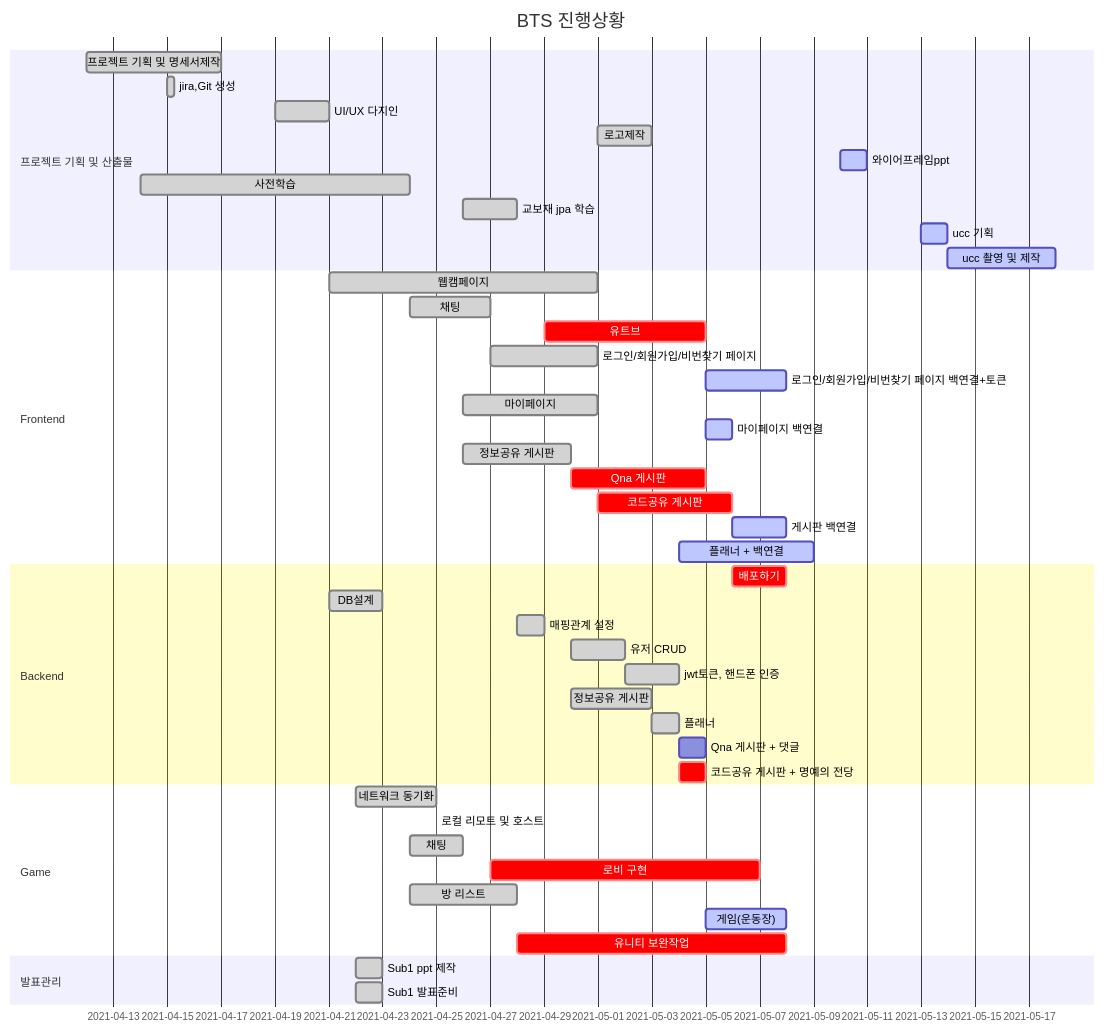
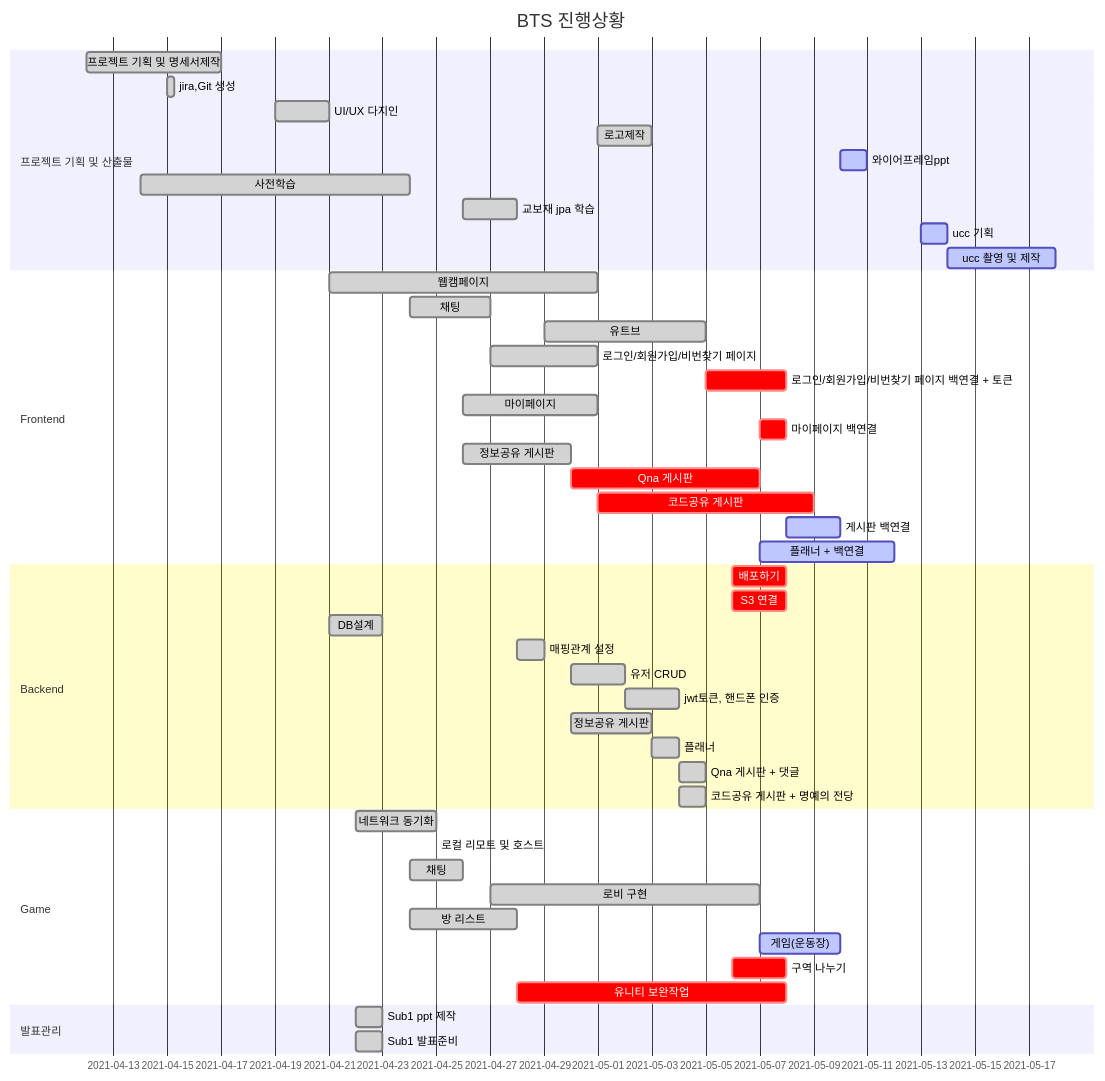
The diagram in README.md (Luminousjiny/PJT_BTS), drawn with Mermaid before and after one commit.

Commit message:
간트차트 업데이트

````diff
--- a/README.md
+++ b/README.md
@@ -50,53 +50,55 @@
 ```mermaid
 gantt
     title BTS 진행상황
     dateFormat  YYYY-MM-DD
     section 프로젝트 기획 및 산출물
     프로젝트 기획 및 명세서제작 : done, 2021-04-12, 5d
     jira,Git 생성  :done, 2021-04-15, 6h
     UI/UX 다지인  : done,   2021-04-19, 2d
     로고제작 : done, 2021-05-01, 2d
     와이어프레임ppt : active, 2021-05-10, 1d
     사전학습  : done, 2021-04-14, 10d
     교보재 jpa 학습 : done, 2021-04-26, 2d
     ucc 기획 : active, 2021-05-13, 1d
     ucc 촬영 및 제작 : active, 2021-05-14, 4d
 
     section Frontend
     웹캠페이지 : done, 2021-04-21, 10d
     채팅 : done, 2021-04-24, 3d
-    유트브 : crit, 2021-04-29, 6d
+    유트브 : done, 2021-04-29, 6d
     로그인/회원가입/비번찾기 페이지 : done, 2021-04-27, 4d
-    로그인/회원가입/비번찾기 페이지 백연결+토큰 : active, 2021-05-05, 3d
+    로그인/회원가입/비번찾기 페이지 백연결 + 토큰 : crit, 2021-05-05, 3d
     마이페이지 : done, 2021-04-26, 5d
-    마이페이지 백연결 : active, 2021-05-05, 1d
+    마이페이지 백연결 : crit, 2021-05-07, 1d
     정보공유 게시판 : done, 2021-04-26, 4d
-    Qna 게시판 : crit, 2021-04-30, 5d
-    코드공유 게시판 : crit, 2021-05-01, 5d
-    게시판 백연결 : active, 2021-05-06, 2d
-    플래너 + 백연결 : active, 2021-05-04, 5d
+    Qna 게시판 : crit, 2021-04-30, 7d
+    코드공유 게시판 : crit, 2021-05-01, 8d
+    게시판 백연결 : active, 2021-05-08, 2d
+    플래너 + 백연결 : active, 2021-05-07, 5d
     
     section Backend
     배포하기 : crit, 2021-05-06, 2d
+    S3 연결 : crit, 2021-05-06, 2d
     DB설계 : done, 2021-04-21, 2d
     매핑관계 설정 : done, 2021-04-28, 1d
     유저 CRUD : done, 2021-04-30, 2d
     jwt토큰, 핸드폰 인증 : done, 2021-05-02,2d 
     정보공유 게시판 : done, 2021-04-30, 3d
     플래너 : done, 2021-05-03, 1d
-    Qna 게시판 + 댓글 : crit 2021-05-04, 1d
-    코드공유 게시판 + 명예의 전당 : crit, 2021-05-04, 1d 
+    Qna 게시판 + 댓글 : done, 2021-05-04, 1d
+    코드공유 게시판 + 명예의 전당 : done, 2021-05-04, 1d 
     
     section Game
 	네트워크 동기화 : done, 2021-04-22, 3d
 	로컬 리모트 및 호스트 : done, 2021-04-23 1d
 	채팅 : done, 2021-04-24, 2d
-	로비 구현 : crit, 2021-04-27, 10d
+	로비 구현 : done, 2021-04-27, 10d
     방 리스트 : done, 2021-04-24, 4d
-    게임(운동장) : active, 2021-05-05,3d
+    게임(운동장) : active, 2021-05-07,3d
+    구역 나누기 : crit, 2021-05-06, 2d
     유니티 보완작업 : crit, 2021-04-28, 10d
     
     section 발표관리
     Sub1 ppt 제작 : done, 2021-04-22, 1d
     Sub1 발표준비 : done, 2021-04-22, 1d
 ```
````
